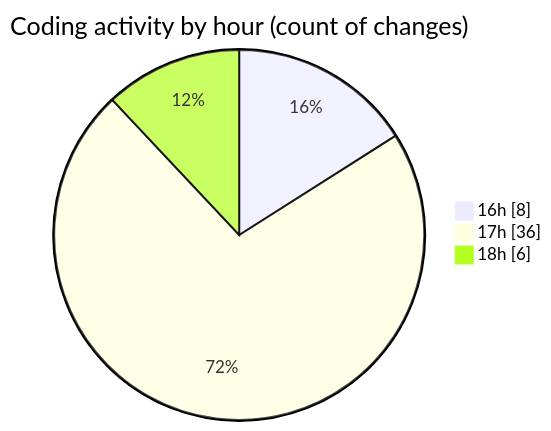
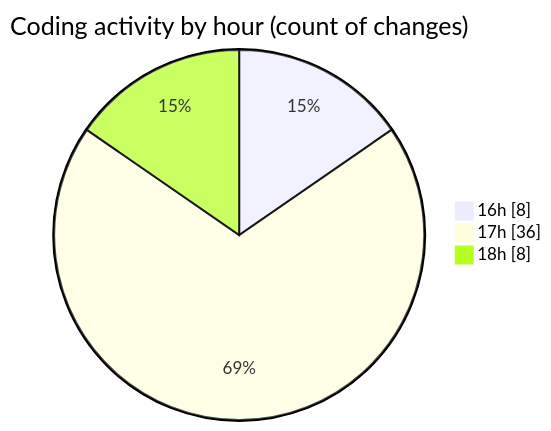
One commit to robertbonfada/code-tracking changed the second of 2 diagrams in 2025-01-08/mbc-web/README.md. Above: the diagram before and after it, drawn with Mermaid. The commit also changed other lines of this file and 1 other file, not shown here.

````diff
--- a/2025-01-08/mbc-web/README.md
+++ b/2025-01-08/mbc-web/README.md
@@ -43,7 +44,7 @@
 ```mermaid
 pie showData
 title Coding activity by hour (count of changes)
 "16h" : 8
 "17h" : 36
-"18h" : 6
+"18h" : 8
 ```
````
